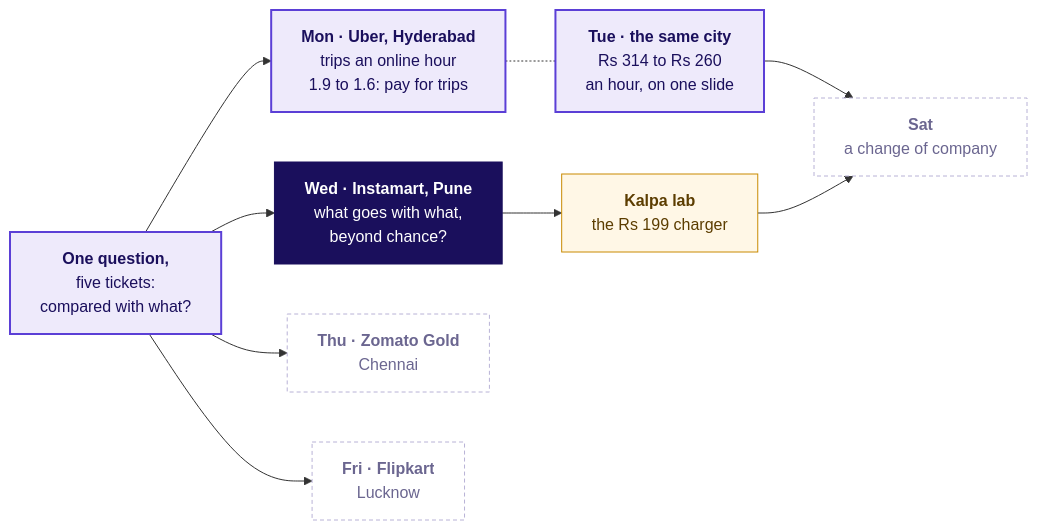
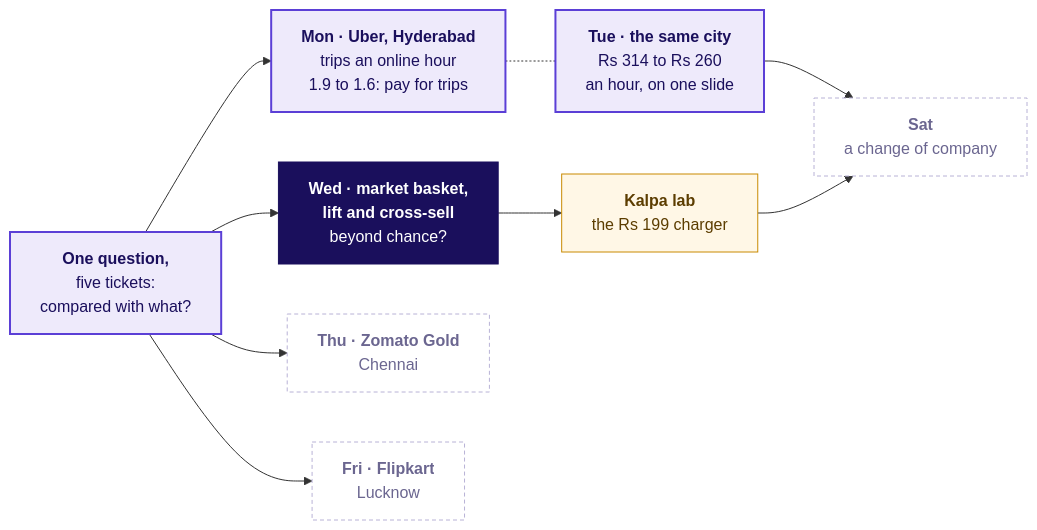
Before and after one commit to fde-academy-lab/c2-content-factory: the first of 12 diagrams in content/W04/D3/slides/C2_W04_D03_half1_STUDENT.md, drawn with Mermaid. The commit also changed other lines of this file and 1 other file, not shown here.

First line of the commit message:
W04 D3: half one opens on the five topics and teaches them as six concept chapters before the Instamart case

````diff
--- a/content/W04/D3/slides/C2_W04_D03_half1_STUDENT.md
+++ b/content/W04/D3/slides/C2_W04_D03_half1_STUDENT.md
@@ -38,27 +29,27 @@
 ```mermaid
 flowchart LR
     C["<b>One question,</b><br/>five tickets:<br/>compared with what?"]
     M["<b>Mon · Uber, Hyderabad</b><br/>trips an online hour<br/>1.9 to 1.6: pay for trips"]
     T["<b>Tue · the same city</b><br/>Rs 314 to Rs 260<br/>an hour, on one slide"]
-    W["<b>Wed · Instamart, Pune</b><br/>what goes with what,<br/>beyond chance?"]
+    W["<b>Wed · market basket,</b><br/><b>lift and cross-sell</b><br/>beyond chance?"]
     H["<b>Thu · Zomato Gold</b><br/>Chennai"]
     F["<b>Fri · Flipkart</b><br/>Lucknow"]
     S["<b>Sat</b><br/>a change of company"]
     K["<b>Kalpa lab</b><br/>the Rs 199 charger"]
     C --> M
     C --> W
     C --> H
     C --> F
     M -.- T
     W --> K
     T --> S
     K --> S
     classDef lit fill:#1A0F5C,stroke:#1A0F5C,color:#FFFFFF
     classDef known fill:#EEEAFB,stroke:#5B3FD6,color:#1A0F5C,stroke-width:2px
     classDef unknown fill:#FFFFFF,stroke:#B8B2D6,color:#6B6690,stroke-dasharray:4 3
     classDef kalpa fill:#FFF7E6,stroke:#C98A00,color:#5C3D00
     class C,M,T known
     class W lit
     class H,F,S unknown
     class K kalpa
 ```
````
